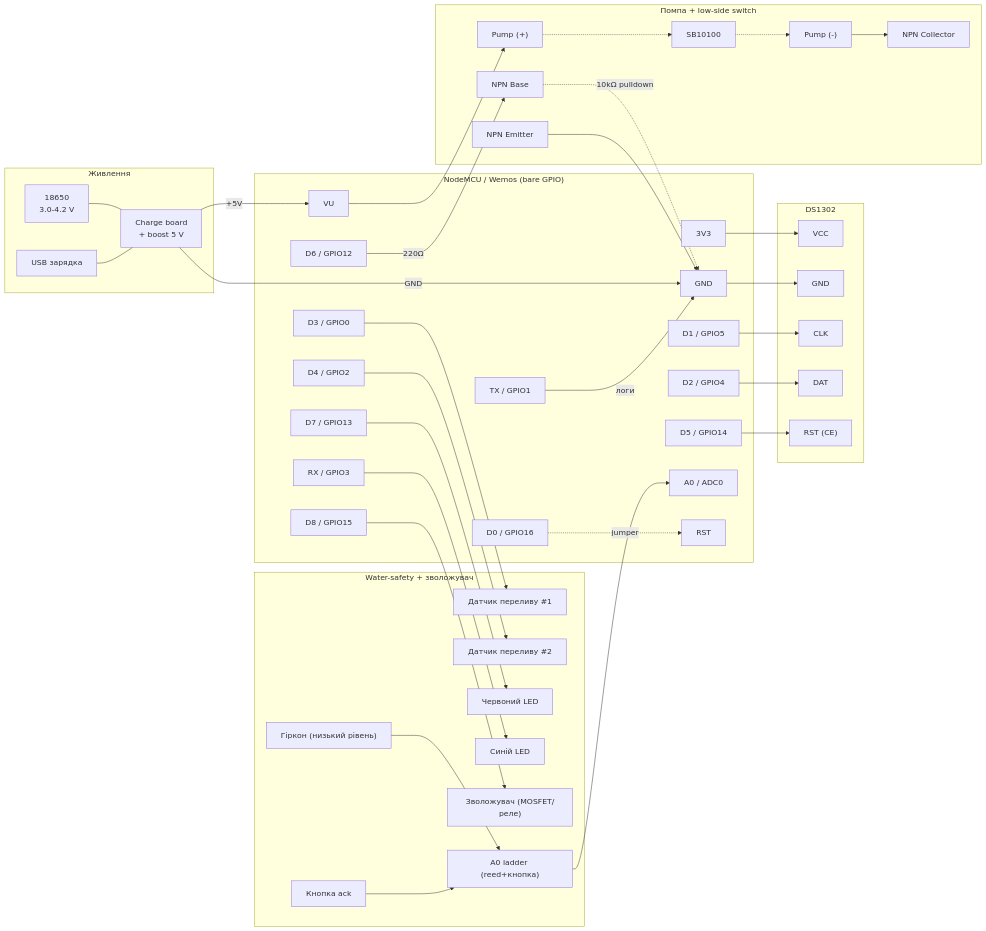
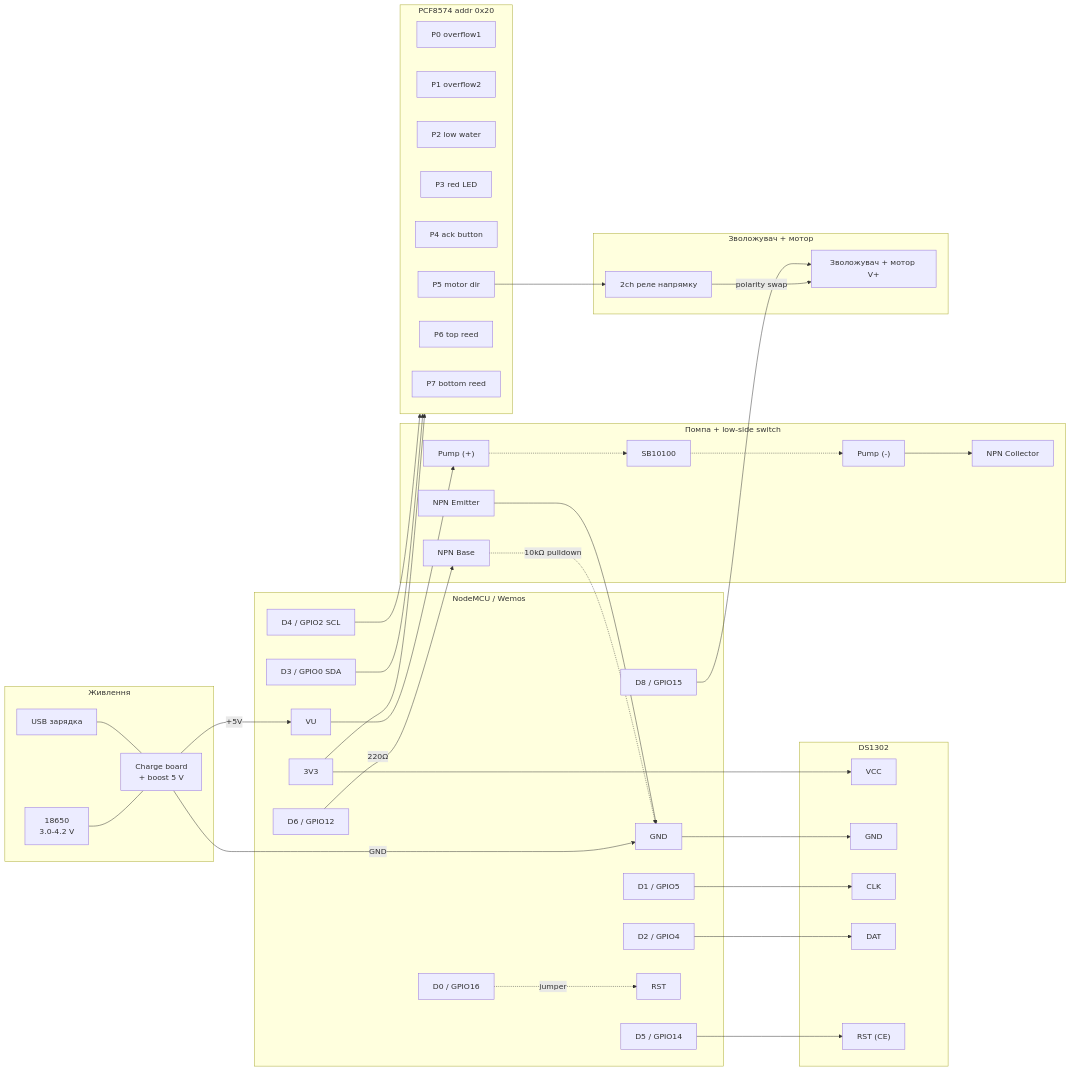
Before and after one commit to OleksandrGonchar/watering: the diagram in README.md, drawn with Mermaid. The commit also changed other lines of this file and 11 other files, not shown here.

````diff
--- a/README.md
+++ b/README.md
@@ -115,7 +115,7 @@
         USB --- CHG
     end
 
-    subgraph NMCU["NodeMCU / Wemos (bare GPIO)"]
+    subgraph NMCU["NodeMCU / Wemos"]
         VU["VU"]
         GND["GND"]
         V3V3["3V3"]
@@ -123,15 +123,22 @@
         D2["D2 / GPIO4"]
         D5["D5 / GPIO14"]
         D6["D6 / GPIO12"]
-        D7["D7 / GPIO13"]
         D8["D8 / GPIO15"]
-        D3["D3 / GPIO0"]
-        D4["D4 / GPIO2"]
-        RX["RX / GPIO3"]
-        TX["TX / GPIO1"]
-        A0p["A0 / ADC0"]
+        D3["D3 / GPIO0 SDA"]
+        D4["D4 / GPIO2 SCL"]
         D0["D0 / GPIO16"]
         RST["RST"]
+    end
+
+    subgraph PCF["PCF8574 addr 0x20"]
+        P0["P0 overflow1"]
+        P1["P1 overflow2"]
+        P2["P2 low water"]
+        P3["P3 red LED"]
+        P4["P4 ack button"]
+        P5["P5 motor dir"]
+        P6["P6 top reed"]
+        P7["P7 bottom reed"]
     end
 
     subgraph RTC_["DS1302"]
@@ -151,15 +158,9 @@
         Me["NPN Emitter"]
     end
 
-    subgraph SAFE["Water-safety + зволожувач"]
-        OF1["Датчик переливу #1"]
-        OF2["Датчик переливу #2"]
-        REED["Гіркон (низький рівень)"]
-        BTN["Кнопка ack"]
-        LEDR["Червоний LED"]
-        LEDB["Синій LED"]
-        HUM["Зволожувач (MOSFET/реле)"]
-        LADDER["A0 ladder (reed+кнопка)"]
+    subgraph HUMG["Зволожувач + мотор"]
+        HUM["Зволожувач + мотор V+"]
+        RELAY_DIR["2ch реле напрямку"]
     end
 
     CHG -->|"+5V"| VU
@@ -180,14 +181,11 @@
     Pp -.-> Diode
     Diode -.-> Pm
 
-    D3 --> OF1
-    D4 --> OF2
-    D7 --> LEDR
-    RX --> LEDB
+    V3V3 --> PCF
+    D3 --> PCF
+    D4 --> PCF
+    P5 --> RELAY_DIR
+    RELAY_DIR -->|"polarity swap"| HUM
     D8 --> HUM
-    REED --> LADDER
-    BTN --> LADDER
-    LADDER --> A0p
-    TX -->|"логи"| GND
 
 ```
````
